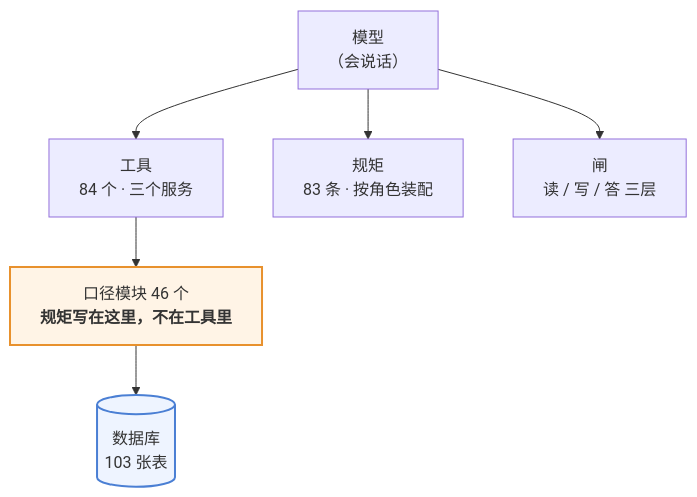
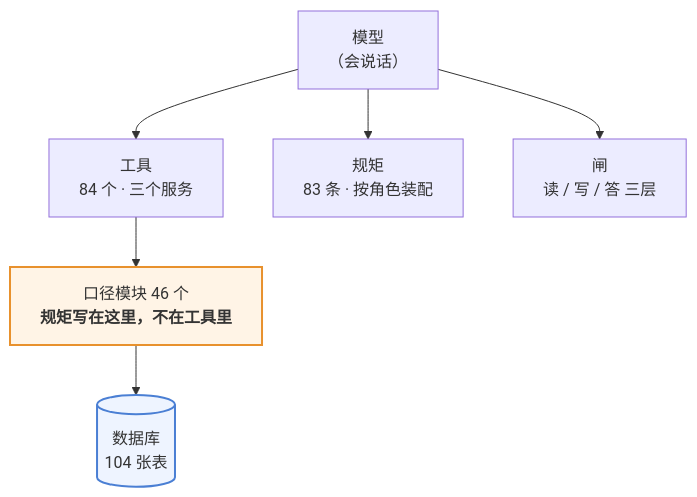
Before and after one commit to 843773296-rgb/lanxiu-yunshang-agent: the first of 3 diagrams in 澜绣云裳agent-产品说明.md, drawn with Mermaid. The commit also changed other lines of this file and 7 other files, not shown here.

````diff
--- a/澜绣云裳agent-产品说明.md
+++ b/澜绣云裳agent-产品说明.md
@@ -62,12 +62,12 @@
 ```mermaid
 flowchart TD
     M["模型<br/>（会说话）"]
     M --> T["工具<br/>84 个 · 三个服务"]
     M --> R["规矩<br/>83 条 · 按角色装配"]
     M --> G["闸<br/>读 / 写 / 答 三层"]
     T --> K["口径模块 46 个<br/><b>规矩写在这里，不在工具里</b>"]
-    K --> DB[("数据库<br/>103 张表")]
+    K --> DB[("数据库<br/>104 张表")]
 
     style K fill:#fff4e6,stroke:#e8912d,stroke-width:2px
     style DB fill:#eef4ff,stroke:#4a7fd4,stroke-width:2px
 ```
````
